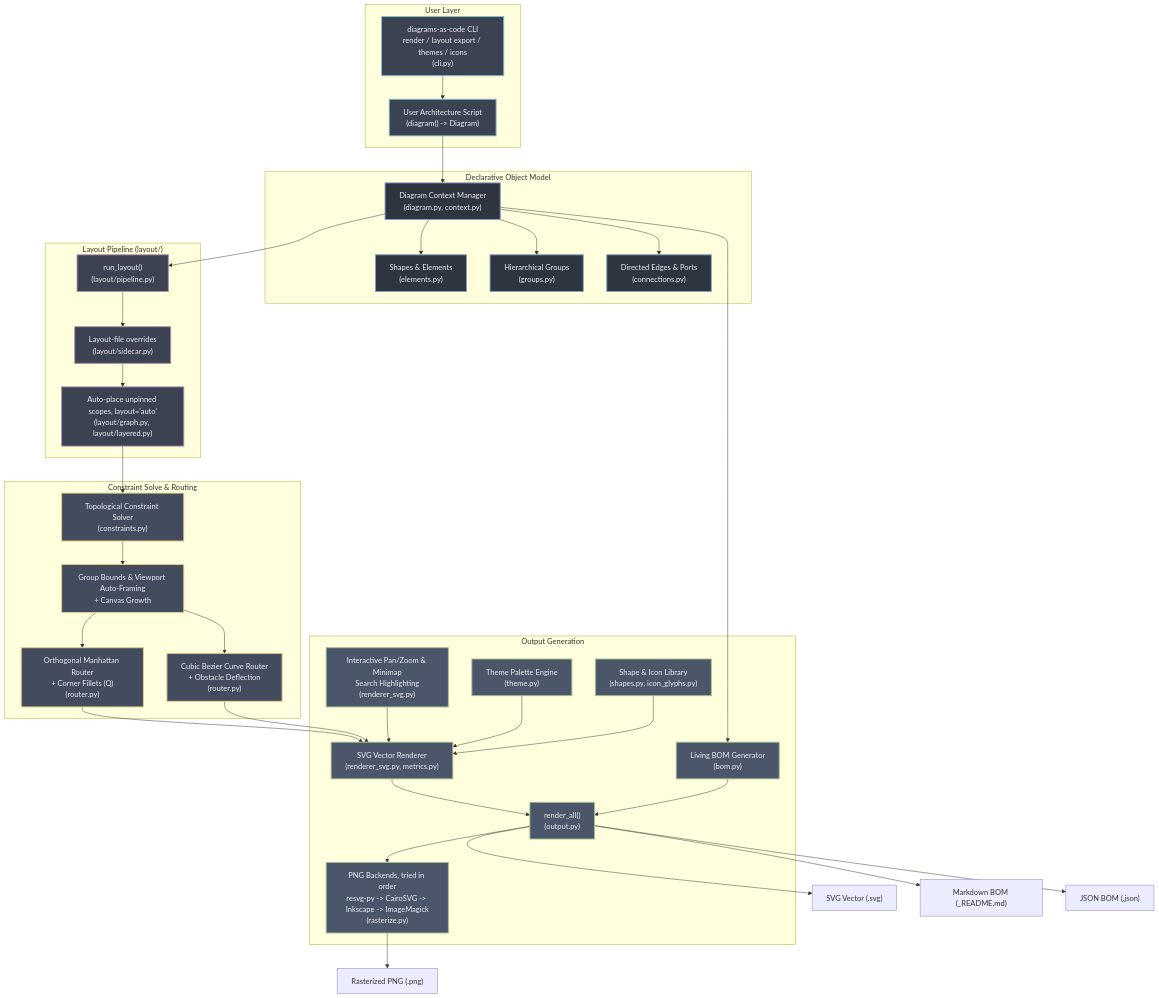
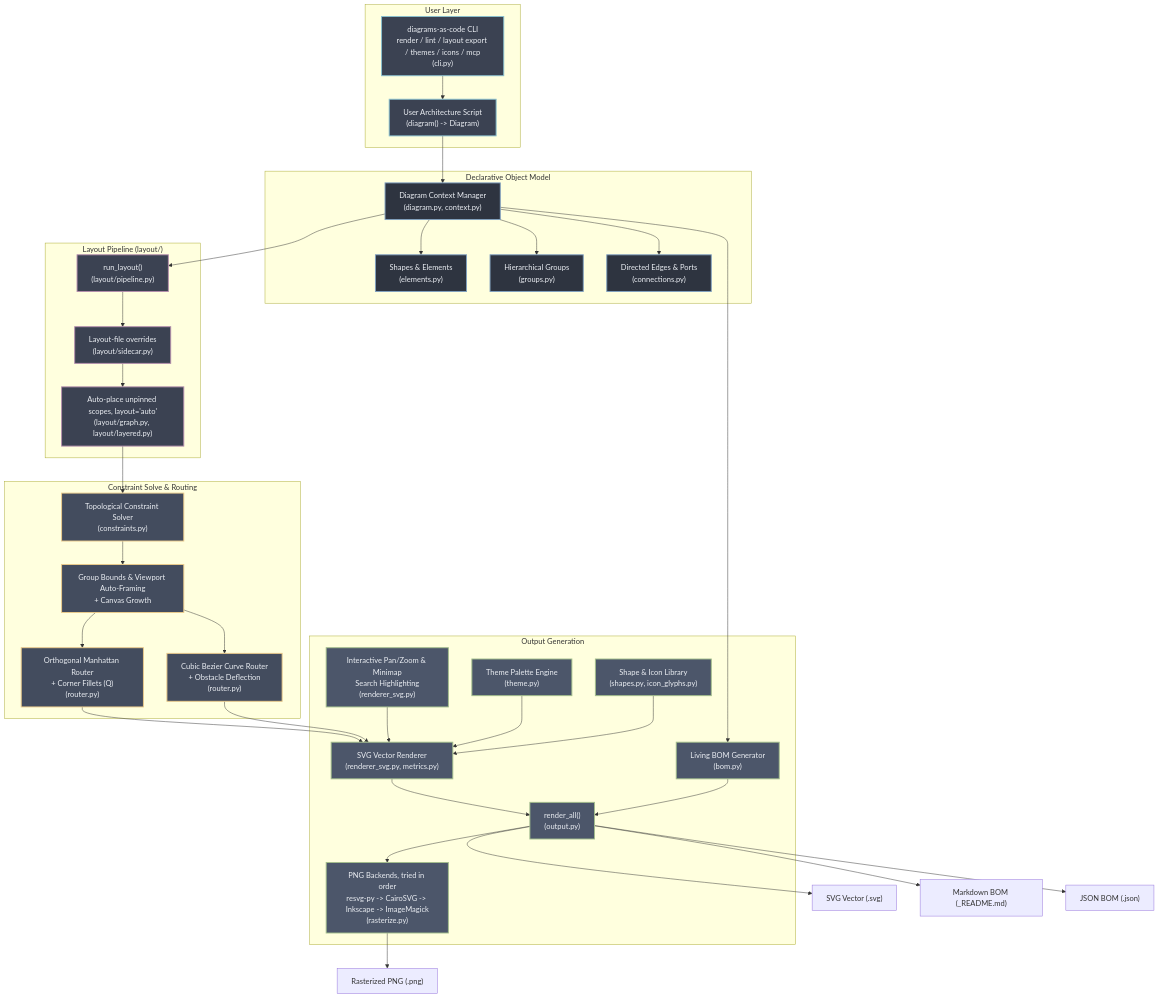
Before and after one commit to bsommers/diagrams-as-code: the diagram in docs/diagrams/architecture.mmd, drawn with Mermaid. The commit also changed 27 other files, not shown here.

```diff
--- a/docs/diagrams/architecture.mmd
+++ b/docs/diagrams/architecture.mmd
@@ -1,70 +1,70 @@
 flowchart TD
     classDef client fill:#3B4252,stroke:#88C0D0,stroke-width:2px,color:#ECEFF4
     classDef core fill:#2E3440,stroke:#81A1C1,stroke-width:2px,color:#ECEFF4
     classDef layout fill:#3B4252,stroke:#B48EAD,stroke-width:2px,color:#ECEFF4
     classDef solver fill:#434C5E,stroke:#EBCB8B,stroke-width:2px,color:#ECEFF4
     classDef output fill:#4C566A,stroke:#A3BE8C,stroke-width:2px,color:#ECEFF4
 
     subgraph UserSpace["User Layer"]
         Script["User Architecture Script<br/>(diagram() -> Diagram)"]:::client
-        CLI["diagrams-as-code CLI<br/>render / layout export / themes / icons<br/>(cli.py)"]:::client
+        CLI["diagrams-as-code CLI<br/>render / lint / layout export / themes / icons / mcp<br/>(cli.py)"]:::client
     end
 
     subgraph DOM["Declarative Object Model"]
         Diagram["Diagram Context Manager<br/>(diagram.py, context.py)"]:::core
         Elements["Shapes & Elements<br/>(elements.py)"]:::core
         Groups["Hierarchical Groups<br/>(groups.py)"]:::core
         Edges["Directed Edges & Ports<br/>(connections.py)"]:::core
     end
 
     subgraph LayoutEngine["Layout Pipeline (layout/)"]
         Sidecar["Layout-file overrides<br/>(layout/sidecar.py)"]:::layout
         AutoPlace["Auto-place unpinned scopes, layout='auto'<br/>(layout/graph.py, layout/layered.py)"]:::layout
         Pipeline["run_layout()<br/>(layout/pipeline.py)"]:::layout
     end
 
     subgraph SolverEngine["Constraint Solve & Routing"]
         Solver["Topological Constraint Solver<br/>(constraints.py)"]:::solver
         AutoFrame["Group Bounds & Viewport Auto-Framing<br/>+ Canvas Growth"]:::solver
         Router["Orthogonal Manhattan Router<br/>+ Corner Fillets (Q)<br/>(router.py)"]:::solver
         CurveRouter["Cubic Bezier Curve Router<br/>+ Obstacle Deflection<br/>(router.py)"]:::solver
     end
 
     subgraph RenderEngine["Output Generation"]
         SVGRenderer["SVG Vector Renderer<br/>(renderer_svg.py, metrics.py)"]:::output
         InteractiveHUD["Interactive Pan/Zoom & Minimap<br/>Search Highlighting<br/>(renderer_svg.py)"]:::output
         ThemeEngine["Theme Palette Engine<br/>(theme.py)"]:::output
         ShapeLib["Shape & Icon Library<br/>(shapes.py, icon_glyphs.py)"]:::output
         BOM["Living BOM Generator<br/>(bom.py)"]:::output
         Rasterize["PNG Backends, tried in order<br/>resvg-py -> CairoSVG -> Inkscape -> ImageMagick<br/>(rasterize.py)"]:::output
         Output["render_all()<br/>(output.py)"]:::output
     end
 
     Script --> Diagram
     CLI --> Script
     Diagram --> Elements
     Diagram --> Groups
     Diagram --> Edges
 
     Diagram --> Pipeline
     Pipeline --> Sidecar
     Sidecar --> AutoPlace
     AutoPlace --> Solver
     Solver --> AutoFrame
     AutoFrame --> Router
     AutoFrame --> CurveRouter
 
     Router --> SVGRenderer
     CurveRouter --> SVGRenderer
     InteractiveHUD --> SVGRenderer
     ThemeEngine --> SVGRenderer
     ShapeLib --> SVGRenderer
     Diagram --> BOM
 
     SVGRenderer --> Output
     BOM --> Output
     Output --> SVGFile["SVG Vector (.svg)"]
     Output --> Rasterize
     Rasterize --> PNGFile["Rasterized PNG (.png)"]
     Output --> MDFile["Markdown BOM (_README.md)"]
     Output --> JSONFile["JSON BOM (.json)"]
```
